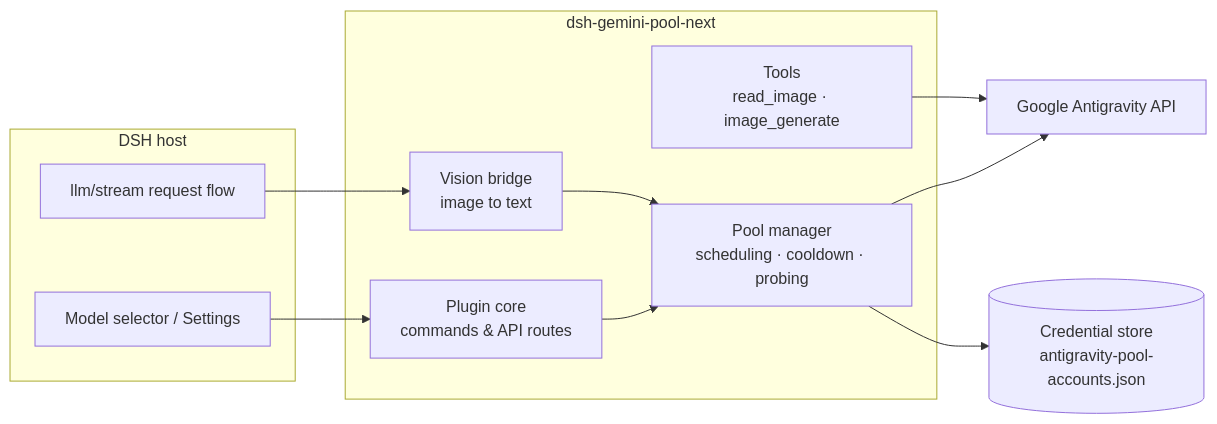
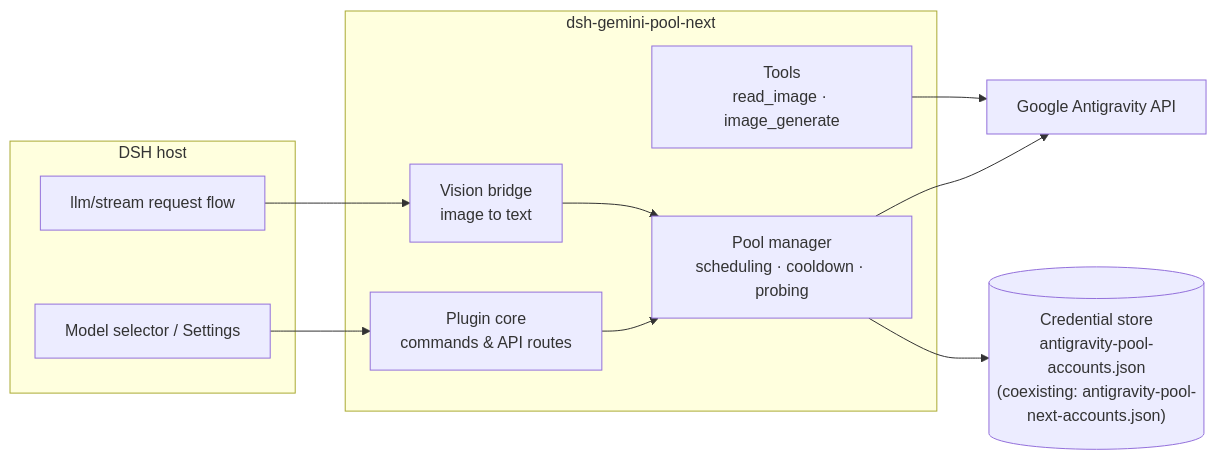
One commit to Q2297045667/dsh-gemini-pool-next changed the diagram in README.en.md. Above: the diagram before and after it, drawn with Mermaid. The commit also changed other lines of this file and 15 other files, not shown here.

````diff
--- a/README.en.md
+++ b/README.en.md
@@ -233,22 +260,22 @@
 ```mermaid
 flowchart LR
   subgraph HOST["DSH host"]
     LLM["llm/stream request flow"]
     SEL["Model selector / Settings"]
   end
   subgraph PLUGIN["dsh-gemini-pool-next"]
     CORE["Plugin core<br/>commands & API routes"]
     POOL["Pool manager<br/>scheduling · cooldown · probing"]
     VB["Vision bridge<br/>image to text"]
     TOOLS["Tools<br/>read_image · image_generate"]
   end
-  STORE[("Credential store<br/>antigravity-pool-accounts.json")]
+  STORE[("Credential store<br/>antigravity-pool-accounts.json<br/>(coexisting: antigravity-pool-next-accounts.json)")]
   GOOGLE["Google Antigravity API"]
 
   SEL --> CORE
   LLM --> VB --> POOL
   CORE --> POOL
   TOOLS --> GOOGLE
   POOL --> GOOGLE
   POOL --> STORE
 ```
````
